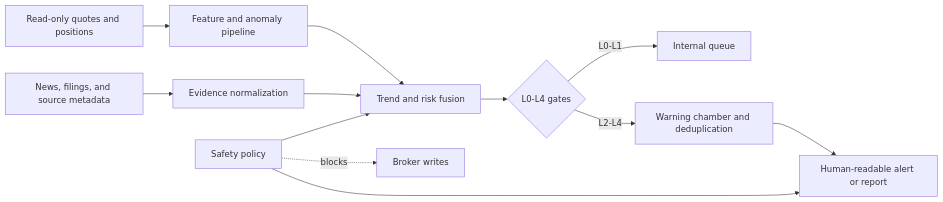
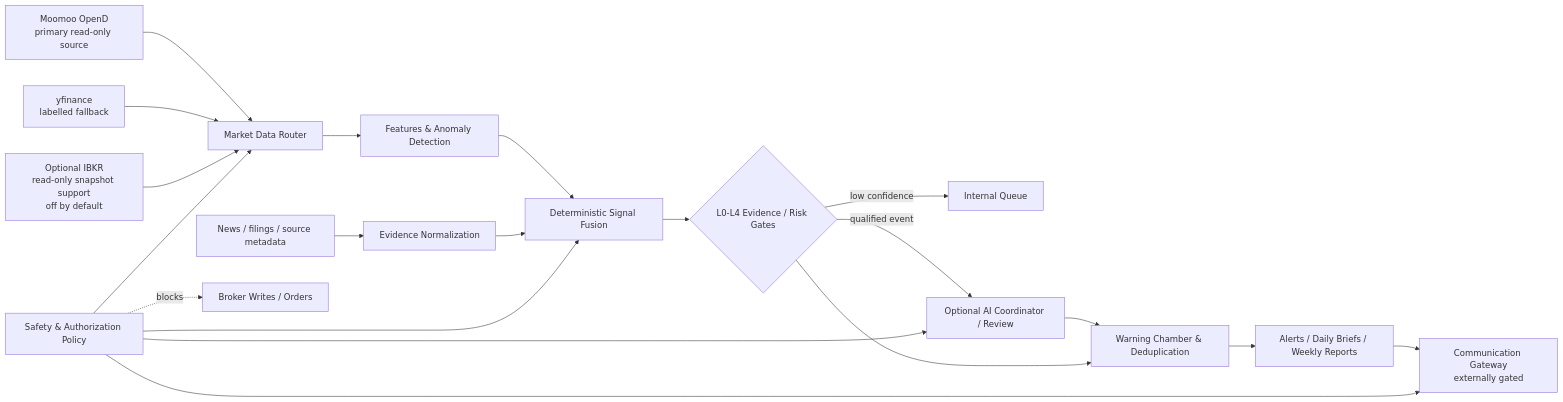
One commit to jasperjlou/market-watchdog changed the diagram in README.md. Above: the diagram before and after it, drawn with Mermaid. The commit also changed other lines of this file, not shown here.

Commit message:
docs: refresh market watchdog architecture

````diff
--- a/README.md
+++ b/README.md
@@ -21,14 +11,26 @@
 ```mermaid
 flowchart LR
-    A[Read-only quotes and positions] --> C[Feature and anomaly pipeline]
-    B[News, filings, and source metadata] --> D[Evidence normalization]
-    C --> E[Trend and risk fusion]
-    D --> E
-    E --> F{L0-L4 gates}
-    F -->|L0-L1| G[Internal queue]
-    F -->|L2-L4| H[Warning chamber and deduplication]
-    H --> I[Human-readable alert or report]
-    J[Safety policy] --> E
-    J --> I
-    J -. blocks .-> K[Broker writes]
+    M[Moomoo OpenD\nprimary read-only source] --> R[Market Data Router]
+    Y[yfinance\nlabelled fallback] --> R
+    I[Optional IBKR\nread-only snapshot support\noff by default] --> R
+    N[News / filings / source metadata] --> E[Evidence Normalization]
+
+    R --> F[Features & Anomaly Detection]
+    F --> X[Deterministic Signal Fusion]
+    E --> X
+
+    X --> G{L0-L4 Evidence / Risk Gates}
+    G -->|low confidence| Q[Internal Queue]
+    G -->|qualified event| A[Optional AI Coordinator / Review]
+    A --> W[Warning Chamber & Deduplication]
+    G --> W
+
+    W --> O[Alerts / Daily Briefs / Weekly Reports]
+    O --> C[Communication Gateway\nexternally gated]
+
+    S[Safety & Authorization Policy] --> R
+    S --> X
+    S --> A
+    S --> C
+    S -. blocks .-> B[Broker Writes / Orders]
 ```
````
